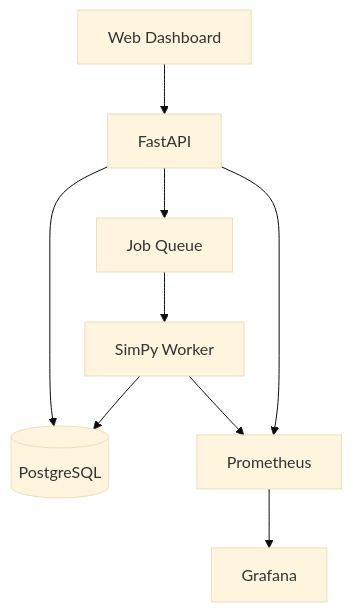
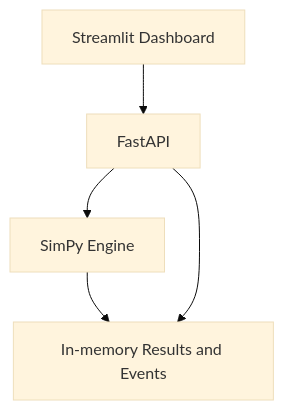
The second of 2 diagrams in README.md (j22868706/sideproject_fabflow), drawn with Mermaid (base theme) before and after one commit. The commit also changed other lines of this file and 8 other files, not shown here.

````diff
--- a/README.md
+++ b/README.md
@@ -95,11 +97,7 @@
 ```mermaid
 flowchart TD
-    U[Web Dashboard] --> API[FastAPI]
-    API --> DB[(PostgreSQL)]
-    API --> Q[Job Queue]
-    Q --> S[SimPy Worker]
-    S --> DB
-    API --> P[Prometheus]
-    S --> P
-    P --> G[Grafana]
+    U[Streamlit Dashboard] --> API[FastAPI]
+    API --> S[SimPy Engine]
+    S --> R[In-memory Results and Events]
+    API --> R
 ```
````
